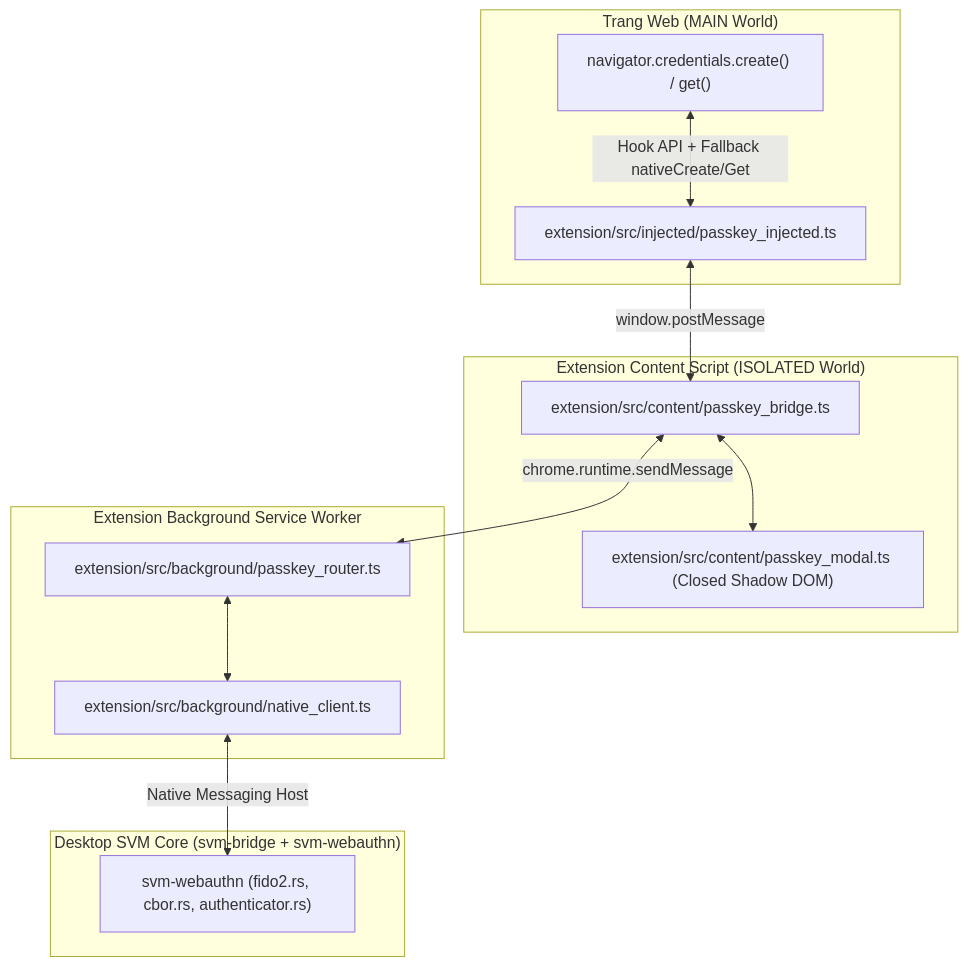
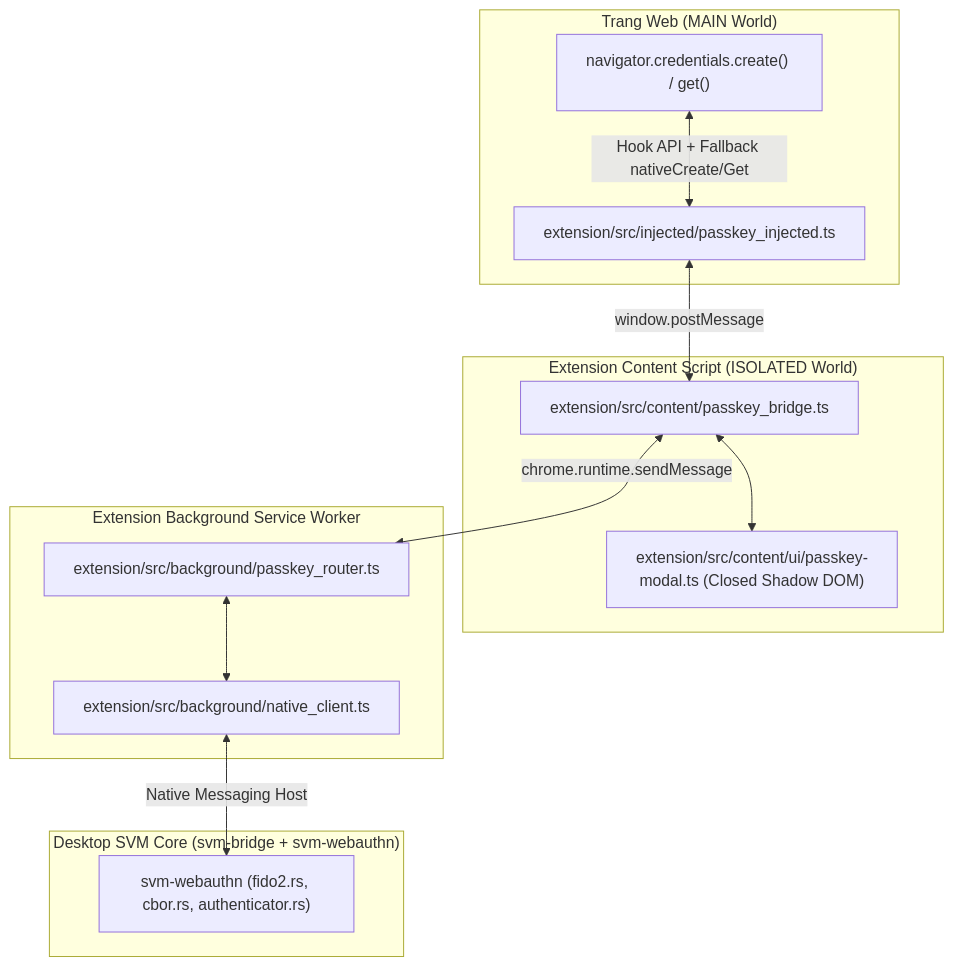
One commit to hephaestus-developers/secure-vault-manager changed the diagram in docs/07. Passkey Implementation.md. Above: the diagram before and after it, drawn with Mermaid. The commit also changed other lines of this file and 7 other files, not shown here.

First line of the commit message:
docs: synchronize architecture specifications with implemented codebase

````diff
--- a/docs/07. Passkey Implementation.md
+++ b/docs/07. Passkey Implementation.md
@@ -17,27 +17,27 @@
 ```mermaid
 graph TD
     subgraph WebPage_Context ["Trang Web (MAIN World)"]
         PageJS["navigator.credentials.create() / get()"]
         InjectedScript["extension/src/injected/passkey_injected.ts"]
         PageJS <-->|"Hook API + Fallback nativeCreate/Get"| InjectedScript
     end
 
     subgraph ContentScript_Context ["Extension Content Script (ISOLATED World)"]
         ContentBridge["extension/src/content/passkey_bridge.ts"]
-        ModalUI["extension/src/content/passkey_modal.ts (Closed Shadow DOM)"]
+        ModalUI["extension/src/content/ui/passkey-modal.ts (Closed Shadow DOM)"]
         InjectedScript <-->|"window.postMessage"| ContentBridge
         ContentBridge <--> ModalUI
     end
 
     subgraph Extension_ServiceWorker ["Extension Background Service Worker"]
         Router["extension/src/background/passkey_router.ts"]
         NativeClient["extension/src/background/native_client.ts"]
         ContentBridge <-->|"chrome.runtime.sendMessage"| Router
         Router <--> NativeClient
     end
 
     subgraph Desktop_App ["Desktop SVM Core (svm-bridge + svm-webauthn)"]
         WebAuthn["svm-webauthn (fido2.rs, cbor.rs, authenticator.rs)"]
         NativeClient <-->|"Native Messaging Host"| WebAuthn
     end
 ```
````
